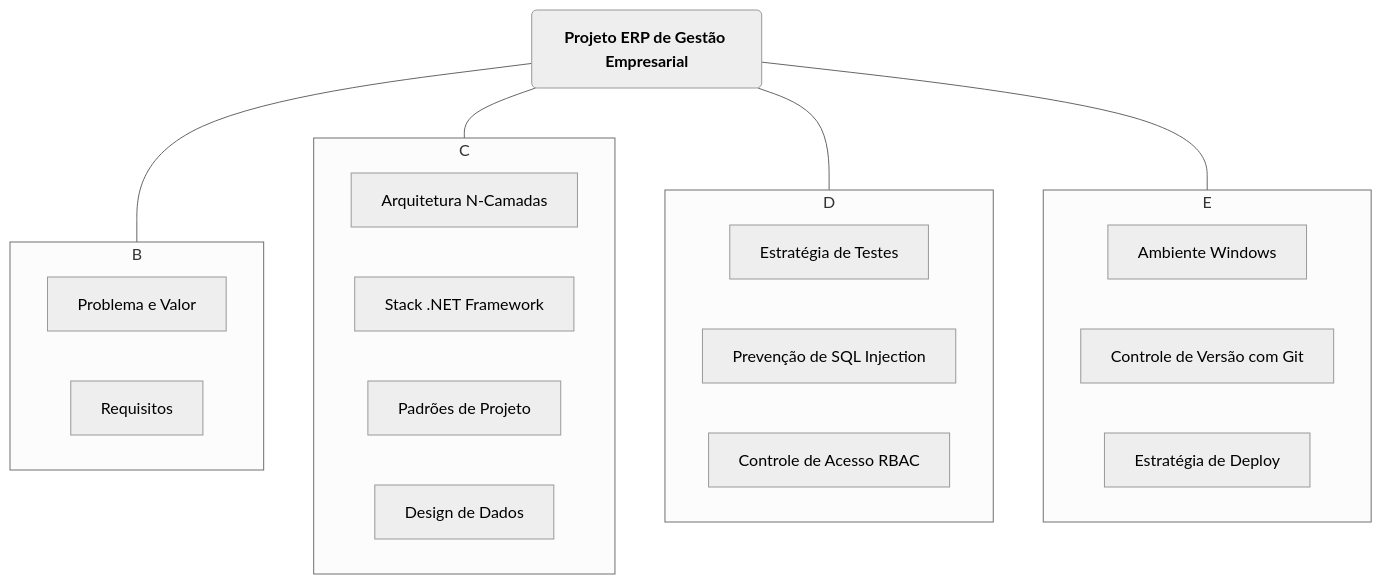
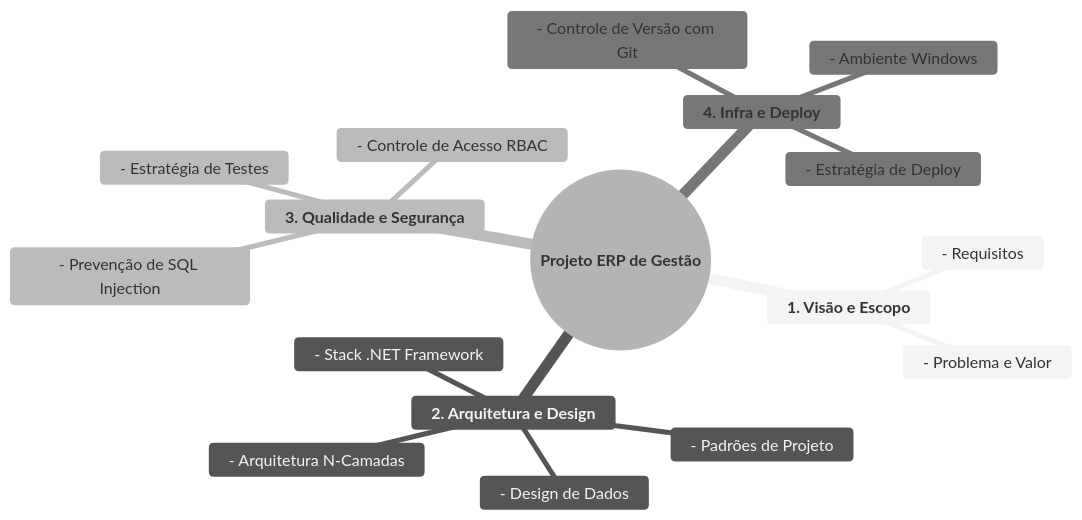
Before and after one commit to Naasso/Sistema-de-Gest-o-Empresarial-Full-Stack: the first of 3 diagrams in README.md, drawn with Mermaid (neutral theme).

````diff
--- a/README.md
+++ b/README.md
@@ -42,31 +42,20 @@
 ```mermaid
-graph TD
-    A("<b>Projeto ERP de Gestão Empresarial</b>") --- B["1. Visão e Escopo"];
-    A --- C["2. Arquitetura e Design"];
-    A --- D["3. Qualidade e Segurança"];
-    A --- E["4. Infra e Deploy"];
-
-    subgraph B
-        B1["Problema e Valor"];
-        B2["Requisitos"];
-    end
-
-    subgraph C
-        C1["Arquitetura N-Camadas"];
-        C2["Stack .NET Framework"];
-        C3["Padrões de Projeto"];
-        C4["Design de Dados"];
-    end
-    
-    subgraph D
-        D1["Estratégia de Testes"];
-        D2["Prevenção de SQL Injection"];
-        D3["Controle de Acesso RBAC"];
-    end
-
-    subgraph E
-        E1["Ambiente Windows"];
-        E2["Controle de Versão com Git"];
-        E3["Estratégia de Deploy"];
-    end
+mindmap
+  root((<b>Projeto ERP de Gestão</b>))
+    <b>1. Visão e Escopo</b>
+      - Problema e Valor
+      - Requisitos
+    <b>2. Arquitetura e Design</b>
+      - Arquitetura N-Camadas
+      - Stack .NET Framework
+      - Padrões de Projeto
+      - Design de Dados
+    <b>3. Qualidade e Segurança</b>
+      - Estratégia de Testes
+      - Prevenção de SQL Injection
+      - Controle de Acesso RBAC
+    <b>4. Infra e Deploy</b>
+      - Ambiente Windows
+      - Controle de Versão com Git
+      - Estratégia de Deploy
 ```
````
